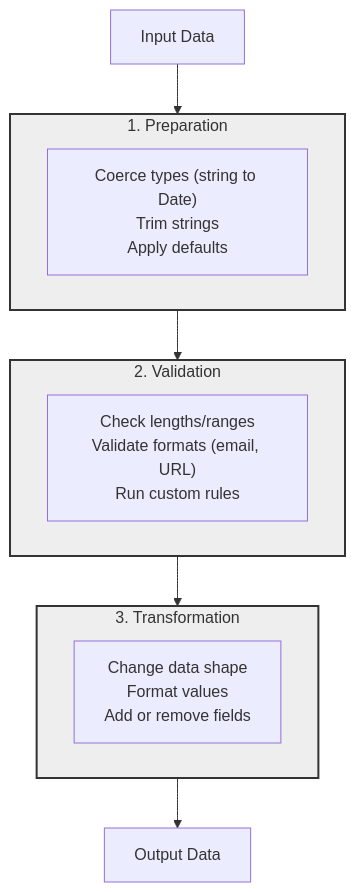
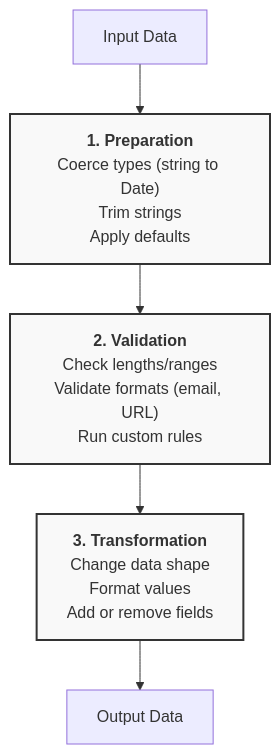
The diagram in README.md (Ntropish/s-validator), drawn with Mermaid before and after one commit.

Commit message:
Enhance README.md by restructuring the validation pipeline diagram for clarity, using bold headings and consistent styling for preparation, validation, and transformation phases.

````diff
--- a/README.md
+++ b/README.md
@@ -38,22 +38,11 @@
 ```mermaid
 graph TD
-    A[Input Data] --> PREPARE;
-    PREPARE --> VALIDATE;
-    VALIDATE --> TRANSFORM;
-    TRANSFORM --> O[Output Data];
+    A[Input Data] --> P["<b>1. Preparation</b><br>Coerce types (string to Date)<br>Trim strings<br>Apply defaults"];
+    P --> V["<b>2. Validation</b><br>Check lengths/ranges<br>Validate formats (email, URL)<br>Run custom rules"];
+    V --> T["<b>3. Transformation</b><br>Change data shape<br>Format values<br>Add or remove fields"];
+    T --> O[Output Data];
 
-    subgraph PREPARE [1. Preparation]
-        P1["Coerce types (string to Date)<br>Trim strings<br>Apply defaults"]
-    end
-
-    subgraph VALIDATE [2. Validation]
-        V1["Check lengths/ranges<br>Validate formats (email, URL)<br>Run custom rules"]
-    end
-
-    subgraph TRANSFORM [3. Transformation]
-       T1["Change data shape<br>Format values<br>Add or remove fields"]
-    end
-
-    classDef phase fill:#eee,stroke:#333,stroke-width:2px;
-    class PREPARE,VALIDATE,TRANSFORM phase;
+    style P fill:#f9f9f9,stroke:#333,stroke-width:2px,color:#333
+    style V fill:#f9f9f9,stroke:#333,stroke-width:2px,color:#333
+    style T fill:#f9f9f9,stroke:#333,stroke-width:2px,color:#333
 ```
````
